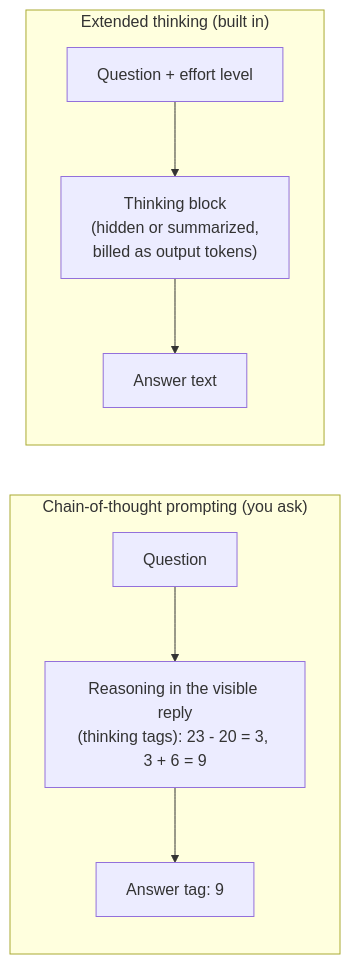
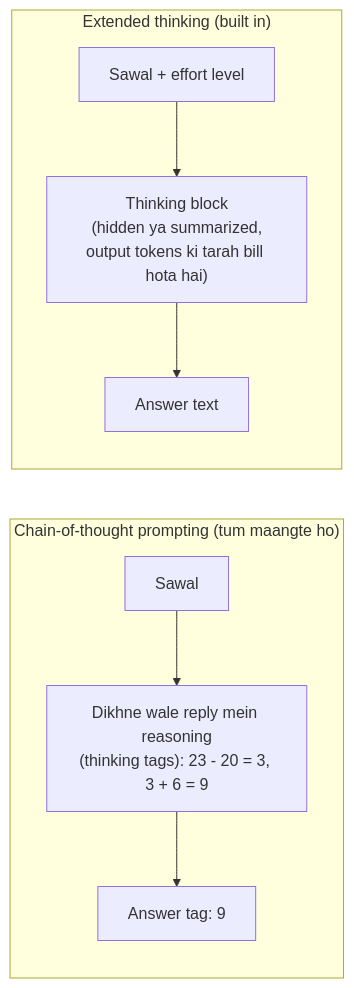
The diagram in docs/07-planning-and-reasoning/07.1-chain-of-thought-and-extended-thinking.md (asmustechno/agentic-ai-notes), drawn with Mermaid before and after one commit. The commit also changed other lines of this file and 135 other files, not shown here.

````diff
--- a/docs/07-planning-and-reasoning/07.1-chain-of-thought-and-extended-thinking.md
+++ b/docs/07-planning-and-reasoning/07.1-chain-of-thought-and-extended-thinking.md
@@ -38,9 +40,9 @@
 ```mermaid
 flowchart LR
-    subgraph P["Chain-of-thought prompting (you ask)"]
-        Q1[Question] --> R1["Reasoning in the visible reply<br/>(thinking tags): 23 - 20 = 3, 3 + 6 = 9"] --> A1["Answer tag: 9"]
+    subgraph P["Chain-of-thought prompting (tum maangte ho)"]
+        Q1[Sawal] --> R1["Dikhne wale reply mein reasoning<br/>(thinking tags): 23 - 20 = 3, 3 + 6 = 9"] --> A1["Answer tag: 9"]
     end
     subgraph T["Extended thinking (built in)"]
-        Q2["Question + effort level"] --> R2["Thinking block<br/>(hidden or summarized,<br/>billed as output tokens)"] --> A2[Answer text]
+        Q2["Sawal + effort level"] --> R2["Thinking block<br/>(hidden ya summarized,<br/>output tokens ki tarah bill hota hai)"] --> A2[Answer text]
     end
 ```
````
